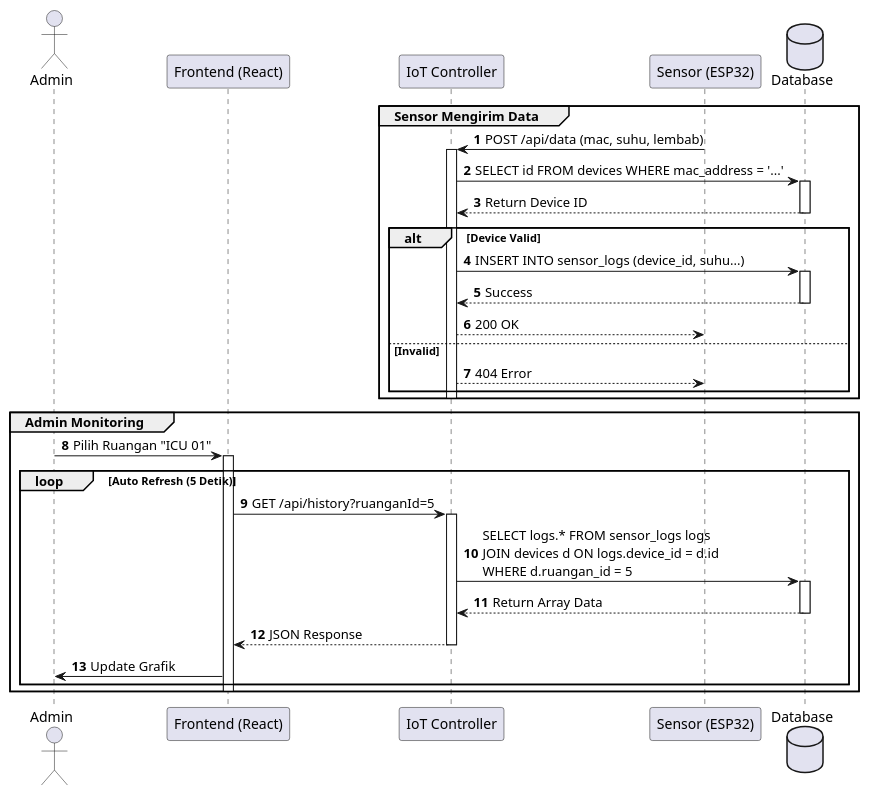
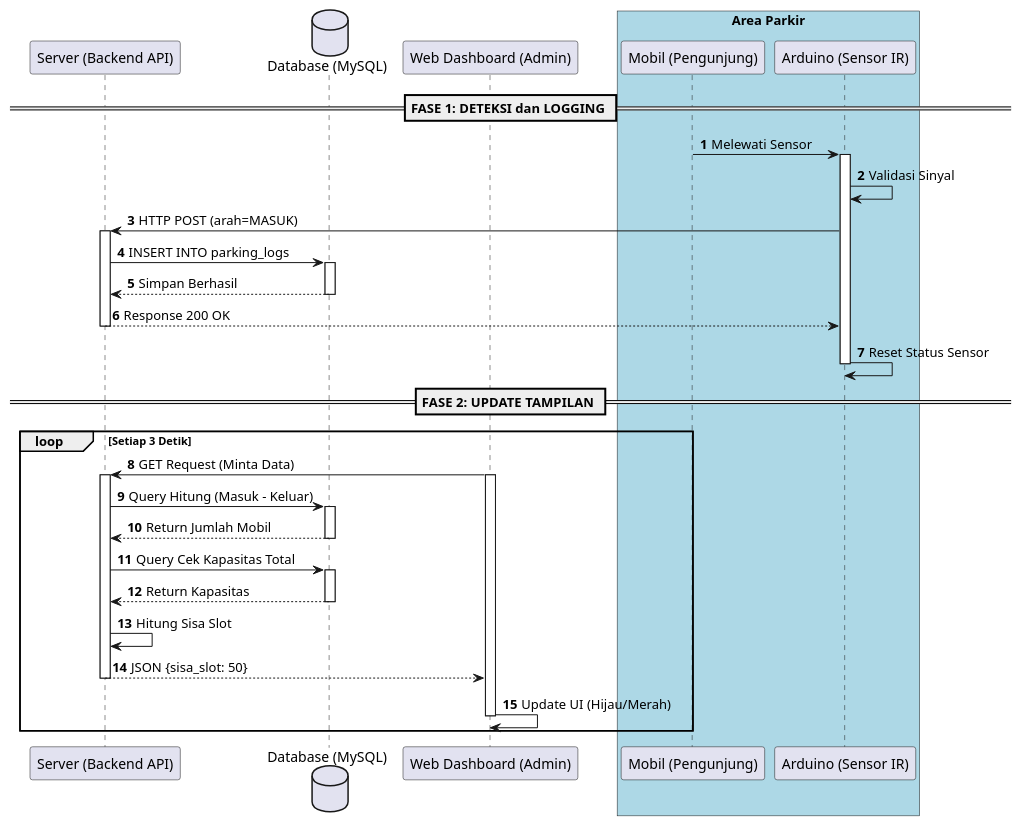
One commit to A-PPAW-TI503P-2025/PROJECT_KELOMPOK1_INFRARED changed the diagram in sequence.puml. Above: the diagram before and after it, drawn with PlantUML. The commit also changed 1 other file, not shown here.

Commit message:
memperbaharui sequencediagram

```diff
--- a/sequence.puml
+++ b/sequence.puml
@@ -1,52 +1,64 @@
 @startuml
 autonumber
-actor Admin
-participant "Frontend (React)" as FE
-participant "IoT Controller" as BE
-participant "Sensor (ESP32)" as IoT
-database "Database" as DB
 
-' --- BAGIAN 1: SENSOR KIRIM DATA ---
-group Sensor Mengirim Data
-    IoT -> BE: POST /api/data (mac, suhu, lembab)
-    activate BE
+' Definisi Aktor dan Peserta
+participant "Mobil (Pengunjung)" as Mobil
+participant "Arduino (Sensor IR)" as Arduino
+participant "Server (Backend API)" as Server
+database "Database (MySQL)" as DB
+participant "Web Dashboard (Admin)" as Web
+
+' == FASE 1 ==
+box "Area Parkir" #LightBlue
+    participant Mobil
+    participant Arduino
+end box
+
+== FASE 1: DETEKSI dan LOGGING ==
+
+Mobil -> Arduino: Melewati Sensor
+activate Arduino
+Arduino -> Arduino: Validasi Sinyal
+
+Arduino -> Server: HTTP POST (arah=MASUK)
+activate Server
+
+Server -> DB: INSERT INTO parking_logs
+activate DB
+DB --> Server: Simpan Berhasil
+deactivate DB
+
+Server --> Arduino: Response 200 OK
+deactivate Server
+
+Arduino -> Arduino: Reset Status Sensor
+deactivate Arduino
+
+' == FASE 2 ==
+== FASE 2: UPDATE TAMPILAN ==
+
+loop Setiap 3 Detik
+    Web -> Server: GET Request (Minta Data)
+    activate Web
+    activate Server
     
-    BE -> DB: SELECT id FROM devices WHERE mac_address = '...'
+    Server -> DB: Query Hitung (Masuk - Keluar)
     activate DB
-    DB --> BE: Return Device ID
+    DB --> Server: Return Jumlah Mobil
     deactivate DB
     
-    alt Device Valid
-        BE -> DB: INSERT INTO sensor_logs (device_id, suhu...)
-        activate DB
-        DB --> BE: Success
-        deactivate DB
-        BE --> IoT: 200 OK
-    else Invalid
-        BE --> IoT: 404 Error
-    end
-    deactivate BE
+    Server -> DB: Query Cek Kapasitas Total
+    activate DB
+    DB --> Server: Return Kapasitas
+    deactivate DB
+    
+    Server -> Server: Hitung Sisa Slot
+    
+    Server --> Web: JSON {sisa_slot: 50}
+    deactivate Server
+    
+    Web -> Web: Update UI (Hijau/Merah)
+    deactivate Web
 end
 
-' --- BAGIAN 2: MONITORING ---
-group Admin Monitoring
-    Admin -> FE: Pilih Ruangan "ICU 01"
-    activate FE
-    
-    loop Auto Refresh (5 Detik)
-        FE -> BE: GET /api/history?ruanganId=5
-        activate BE
-        
-        BE -> DB: SELECT logs.* FROM sensor_logs logs \nJOIN devices d ON logs.device_id = d.id \nWHERE d.ruangan_id = 5
-        activate DB
-        DB --> BE: Return Array Data
-        deactivate DB
-        
-        BE --> FE: JSON Response
-        deactivate BE
-        
-        FE -> Admin: Update Grafik
-    end
-    deactivate FE
-end
 @enduml
```
